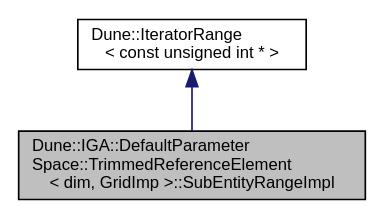
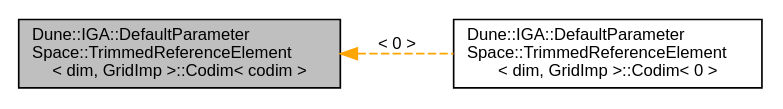
One commit to rath3t/dune-iga-doc changed the diagram in d7/d82/a01601.dot. Above: the diagram before and after it, drawn with Graphviz. The commit also changed 1449 other files, not shown here.

Commit message:
deploy: rath3t/dune-iga@c37fb8baec5ad367eeeef185a6493b53d9910953

```diff
--- a/d7/d82/a01601.dot
+++ b/d7/d82/a01601.dot
@@ -1,9 +1,10 @@
-digraph "Dune::IGA::DefaultParameterSpace::TrimmedReferenceElement&lt; dim, GridImp &gt;::SubEntityRangeImpl"
+digraph "Dune::IGA::DefaultParameterSpace::TrimmedReferenceElement&lt; dim, GridImp &gt;::Codim&lt; codim &gt;"
 {
  // LATEX_PDF_SIZE
   edge [fontname="Helvetica",fontsize="10",labelfontname="Helvetica",labelfontsize="10"];
   node [fontname="Helvetica",fontsize="10",shape=record];
-  Node1 [label="Dune::IGA::DefaultParameter\lSpace::TrimmedReferenceElement\l\< dim, GridImp \>::SubEntityRangeImpl",height=0.2,width=0.4,color="black", fillcolor="grey75", style="filled", fontcolor="black",tooltip=" "];
-  Node2 -> Node1 [dir="back",color="midnightblue",fontsize="10",style="solid",fontname="Helvetica"];
-  Node2 [label="Dune::IteratorRange\l\< const unsigned int * \>",height=0.2,width=0.4,color="black", fillcolor="white", style="filled",tooltip=" "];
+  rankdir="LR";
+  Node1 [label="Dune::IGA::DefaultParameter\lSpace::TrimmedReferenceElement\l\< dim, GridImp \>::Codim\< codim \>",height=0.2,width=0.4,color="black", fillcolor="grey75", style="filled", fontcolor="black",tooltip="Collection of types depending on the codimension."];
+  Node1 -> Node2 [dir="back",color="orange",fontsize="10",style="dashed",label=" \< 0 \>" ,fontname="Helvetica"];
+  Node2 [label="Dune::IGA::DefaultParameter\lSpace::TrimmedReferenceElement\l\< dim, GridImp \>::Codim\< 0 \>",height=0.2,width=0.4,color="black", fillcolor="white", style="filled",URL="$d5/dcf/a01602.html",tooltip=" "];
 }
```
